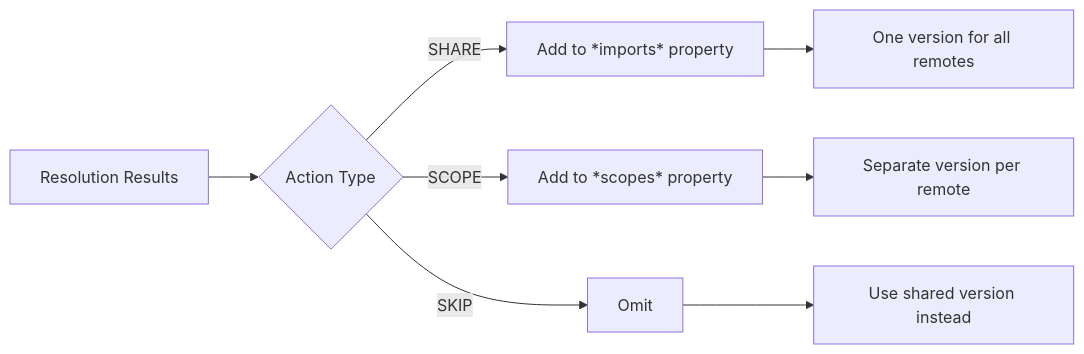
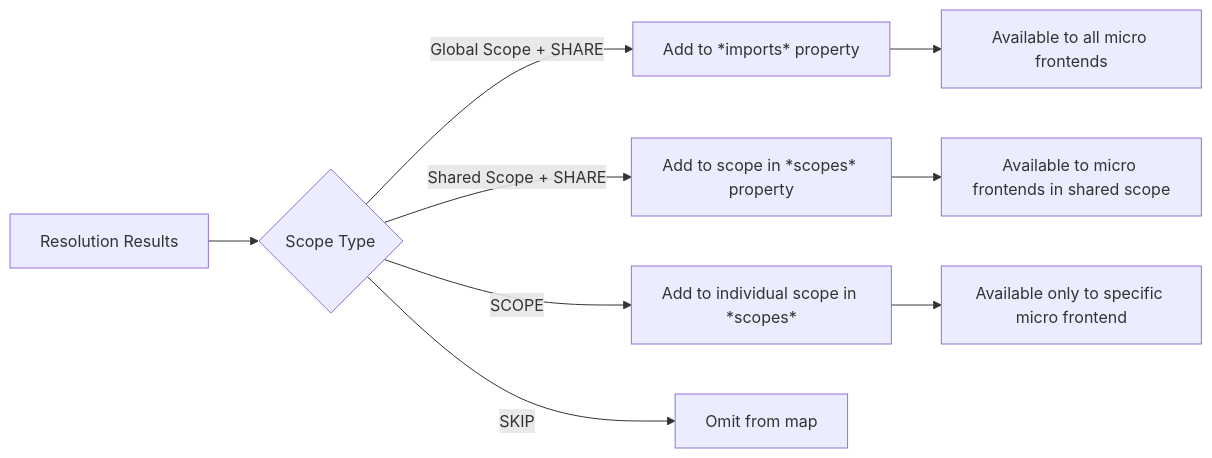
Before and after one commit to topicusonderwijs/vanilla-native-federation: the third of 6 diagrams in docs/version-resolver.md, drawn with Mermaid. The commit also changed other lines of this file and 2 other files, not shown here.

````diff
--- a/docs/version-resolver.md
+++ b/docs/version-resolver.md
@@ -157,11 +224,12 @@
 ```mermaid
 flowchart LR
-    A[Resolution Results] --> B{Action Type}
-    B -->|SHARE| C[Add to *imports* property]
-    B -->|SCOPE| D[Add to *scopes* property]
-    B -->|SKIP| E[Omit]
+    A[Resolution Results] --> B{Scope Type}
+    B -->|Global Scope + SHARE| C[Add to *imports* property]
+    B -->|Shared Scope + SHARE| D[Add to scope in *scopes* property]
+    B -->|SCOPE| E[Add to individual scope in *scopes*]
+    B -->|SKIP| F[Omit from map]
     
-    C --> F[One version for all remotes]
-    D --> G[Separate version per remote]
-    E --> H[Use shared version instead]
+    C --> G[Available to all micro frontends]
+    D --> H[Available to micro frontends in shared scope]
+    E --> I[Available only to specific micro frontend]
 ```
````
